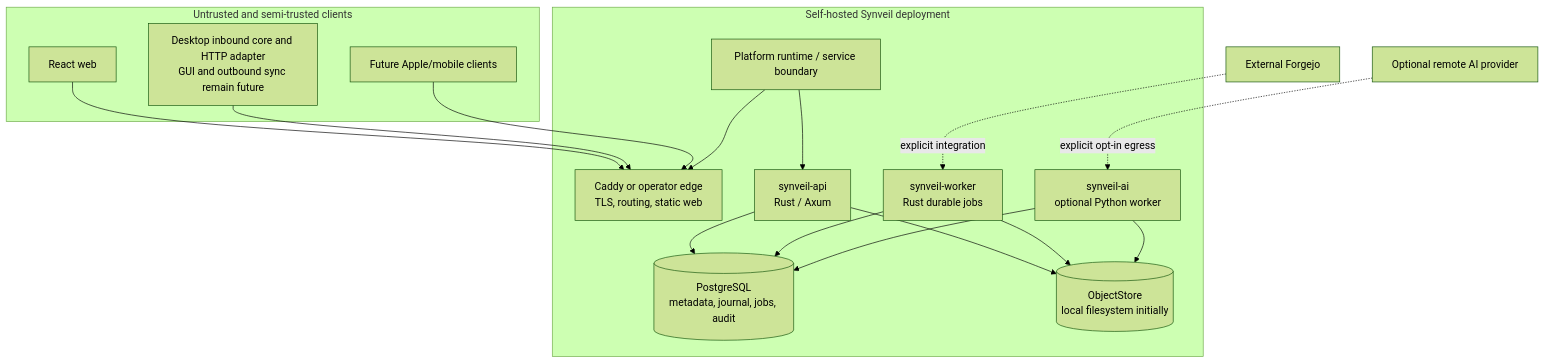
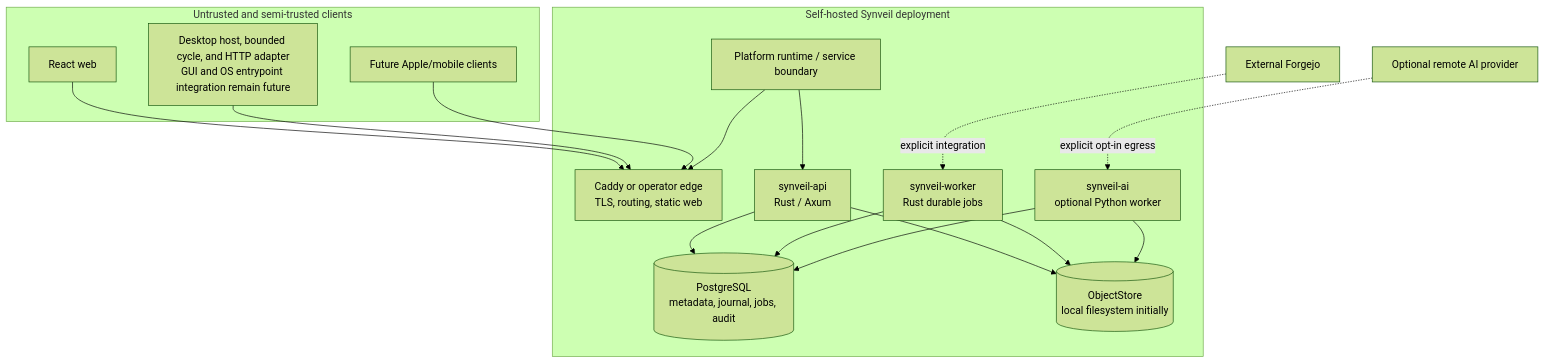
Before and after one commit to nghianguyen150612/Synveil: the first of 3 diagrams in docs/en/ARCHITECTURE.md, drawn with Mermaid (forest theme). The commit also changed other lines of this file and 94 other files, not shown here.

Commit message:
feat: complete production desktop sync runtime and native shell

````diff
--- a/docs/en/ARCHITECTURE.md
+++ b/docs/en/ARCHITECTURE.md
@@ -20,34 +20,34 @@
 ```mermaid
 flowchart TB
     subgraph Untrusted["Untrusted and semi-trusted clients"]
         Web["React web"]
-        Desktop["Desktop inbound core and HTTP adapter\nGUI and outbound sync remain future"]
+        Desktop["Desktop host, bounded cycle, and HTTP adapter\nGUI and OS entrypoint integration remain future"]
         Mobile["Future Apple/mobile clients"]
     end
 
     Web --> Edge
     Desktop --> Edge
     Mobile --> Edge
 
     subgraph Host["Self-hosted Synveil deployment"]
         Runtime["Platform runtime / service boundary"]
         Edge["Caddy or operator edge\nTLS, routing, static web"]
         API["synveil-api\nRust / Axum"]
         Worker["synveil-worker\nRust durable jobs"]
         DB[("PostgreSQL\nmetadata, journal, jobs, audit")]
         Store[("ObjectStore\nlocal filesystem initially")]
         AI["synveil-ai\noptional Python worker"]
 
         Runtime --> Edge
         Runtime --> API
         API --> DB
         API --> Store
         Worker --> DB
         Worker --> Store
         AI --> DB
         AI --> Store
     end
 
     Forgejo["External Forgejo"] -. "explicit integration" .-> Worker
     RemoteAI["Optional remote AI provider"] -. "explicit opt-in egress" .-> AI
 ```
````
